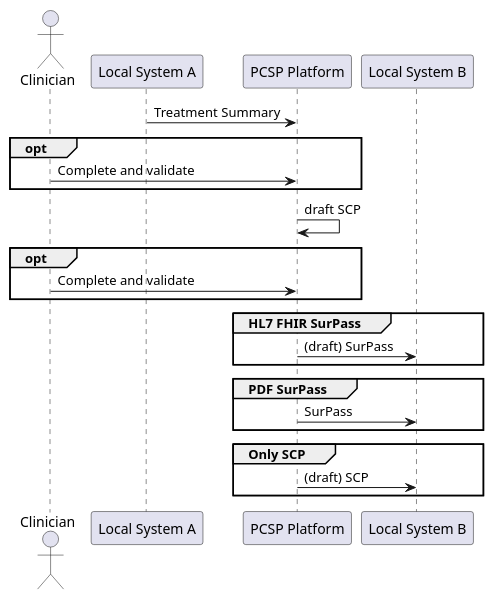
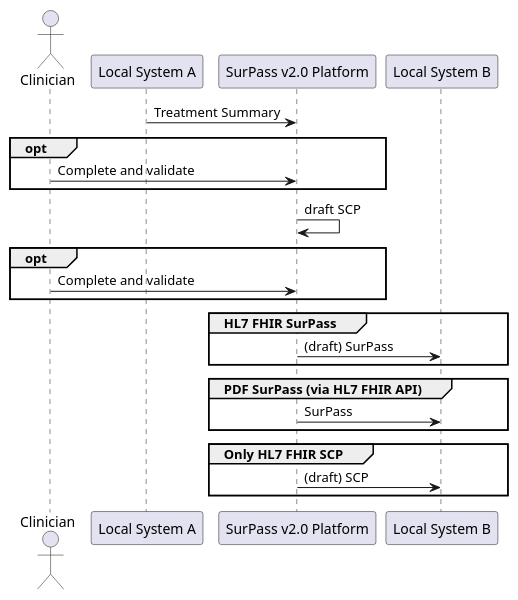
Before and after one commit to hl7-eu/pcsp: the diagram in input/images-source/sequence-1.plantuml, drawn with PlantUML. The commit also changed 8 other files, not shown here.

```diff
--- a/input/images-source/sequence-1.plantuml
+++ b/input/images-source/sequence-1.plantuml
@@ -1,20 +1,20 @@
 @startuml
 actor Clinician
-"Local System A" -> "PCSP Platform" : Treatment Summary
+"Local System A" -> "SurPass v2.0 Platform" : Treatment Summary
 opt
-   "Clinician" -> "PCSP Platform" : Complete and validate
+   "Clinician" -> "SurPass v2.0 Platform" : Complete and validate
 end
-"PCSP Platform" -> "PCSP Platform" : draft SCP
+"SurPass v2.0 Platform" -> "SurPass v2.0 Platform" : draft SCP
 opt
-   "Clinician" -> "PCSP Platform" : Complete and validate
+   "Clinician" -> "SurPass v2.0 Platform" : Complete and validate
 end
 group HL7 FHIR SurPass
-"PCSP Platform" -> "Local System B" : (draft) SurPass
+"SurPass v2.0 Platform" -> "Local System B" : (draft) SurPass
 end
-group PDF SurPass
-"PCSP Platform" -> "Local System B" : SurPass
+group PDF SurPass (via HL7 FHIR API)
+"SurPass v2.0 Platform" -> "Local System B" : SurPass
 end
-group Only SCP
-"PCSP Platform" -> "Local System B" : (draft) SCP
+group Only HL7 FHIR SCP
+"SurPass v2.0 Platform" -> "Local System B" : (draft) SCP
 end
 @enduml
```
